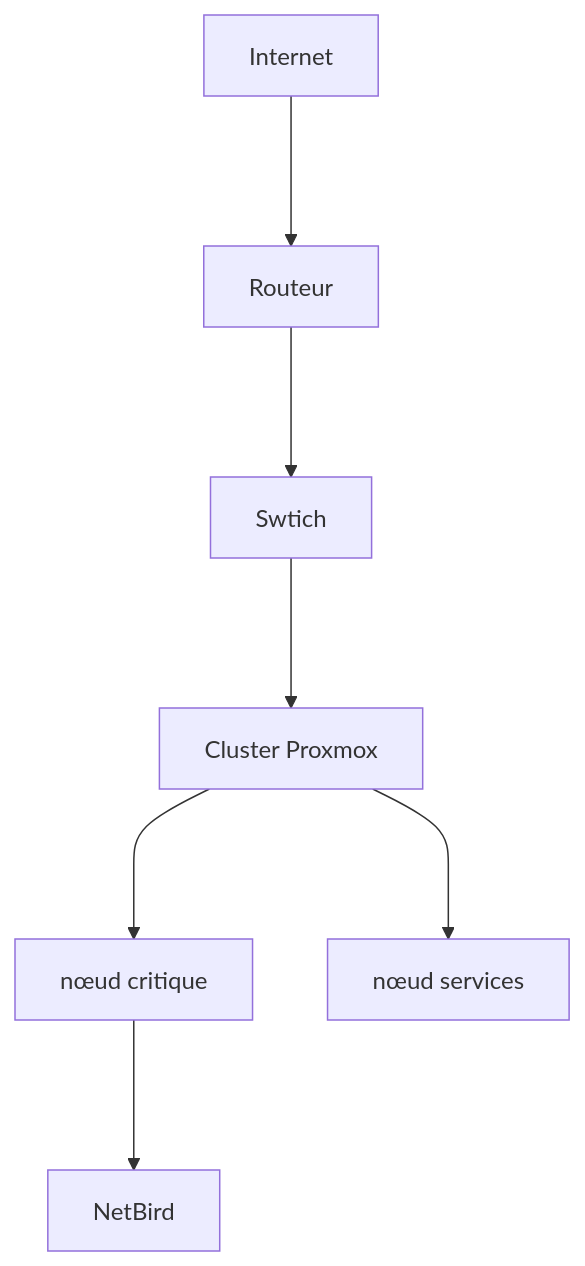
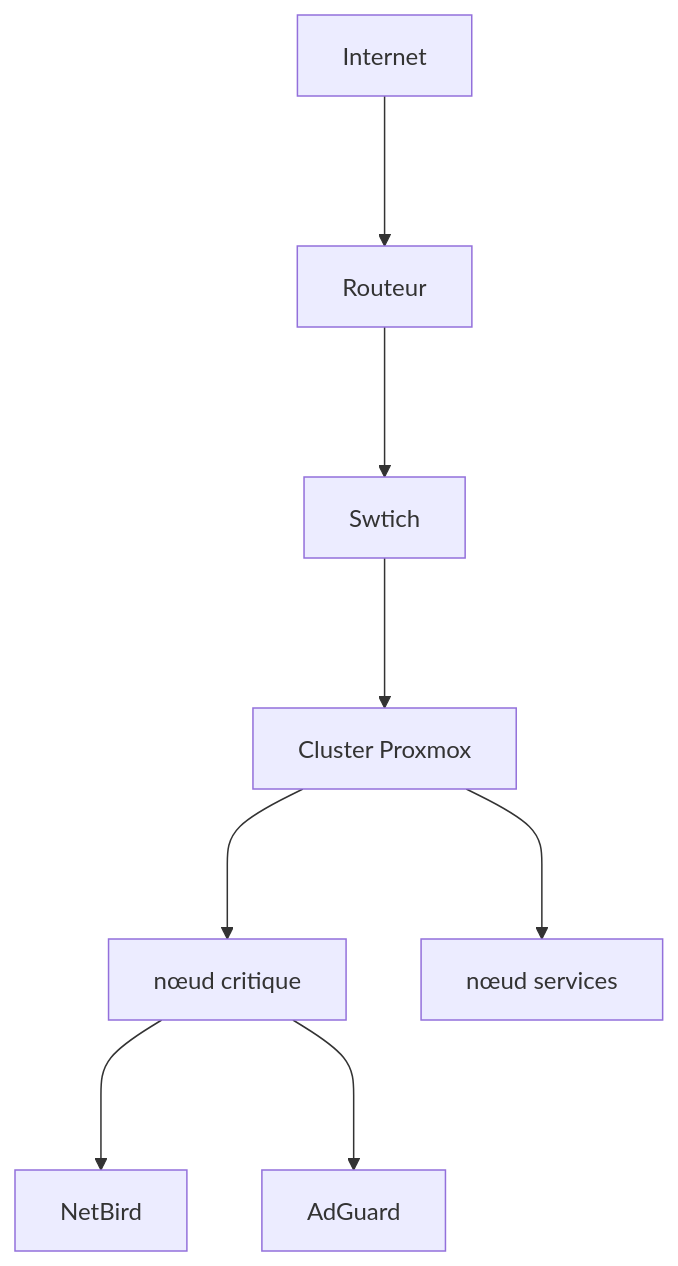
One commit to snoyy-i/snoyy-i changed the diagram in README.md. Above: the diagram before and after it, drawn with Mermaid.

````diff
--- a/README.md
+++ b/README.md
@@ -2,17 +2,19 @@
 ```mermaid
 graph TD
      A[Internet]
      B[Routeur]
      C[Swtich]
      D[Cluster Proxmox ]
      E[nœud critique ]
      F[nœud services]
      G[NetBird]
+     H[AdGuard]
 
      A--->B
      B--->C
      C--->D
      D--->E
      D--->F
      E--->G
+     E--->H
 ```
````
